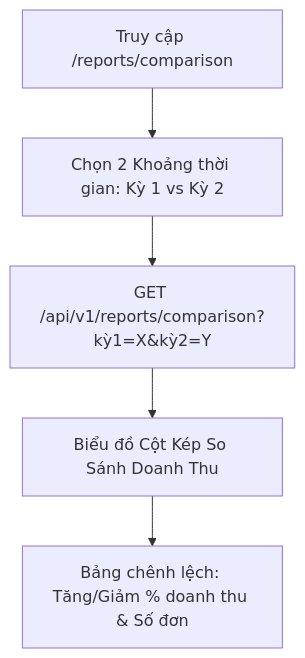
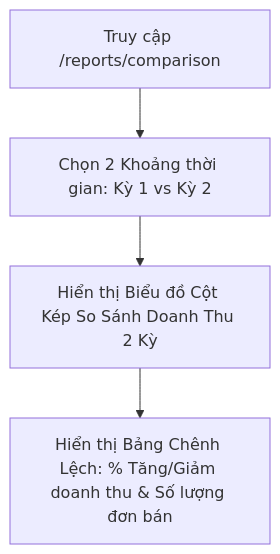
One commit to lean1835/BanHangViet changed diagram 18 of 34 in architecture/full_screen_activity_flows.md. Above: the diagram before and after it, drawn with Mermaid. The commit also changed other lines of this file, not shown here.

Commit message:
refactor(docs): update full_screen_activity_flows to pure UI/UX screen activity flows

````diff
--- a/architecture/full_screen_activity_flows.md
+++ b/architecture/full_screen_activity_flows.md
@@ -509,7 +477,6 @@
 ```mermaid
 flowchart TD
     Start[Truy cập /reports/comparison] --> SelectPeriods[Chọn 2 Khoảng thời gian: Kỳ 1 vs Kỳ 2]
-    SelectPeriods --> FetchComparison[GET /api/v1/reports/comparison?kỳ1=X&kỳ2=Y]
-    FetchComparison --> RenderComparisonChart[Biểu đồ Cột Kép So Sánh Doanh Thu]
-    RenderComparisonChart --> RenderDiffTable[Bảng chênh lệch: Tăng/Giảm % doanh thu & Số đơn]
+    SelectPeriods --> RenderComparisonChart[Hiển thị Biểu đồ Cột Kép So Sánh Doanh Thu 2 Kỳ]
+    RenderComparisonChart --> RenderDiffTable[Hiển thị Bảng Chênh Lệch: % Tăng/Giảm doanh thu & Số lượng đơn bán]
 ```
````
